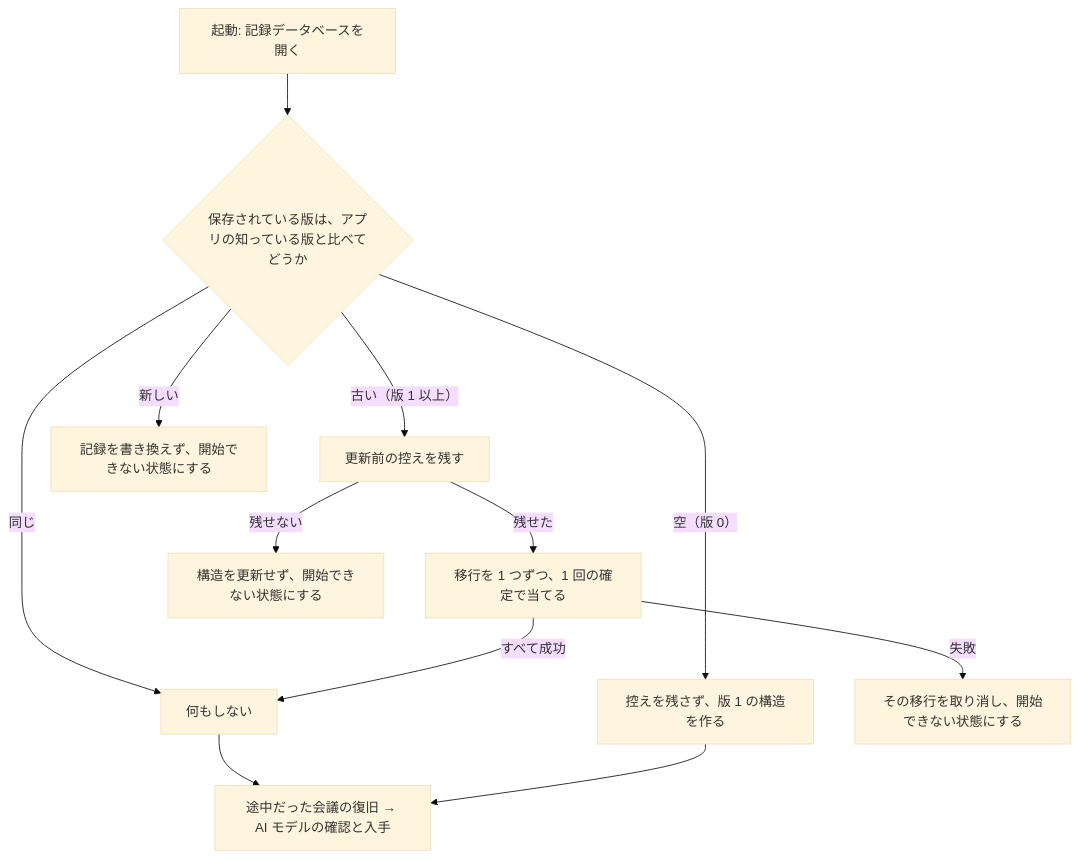
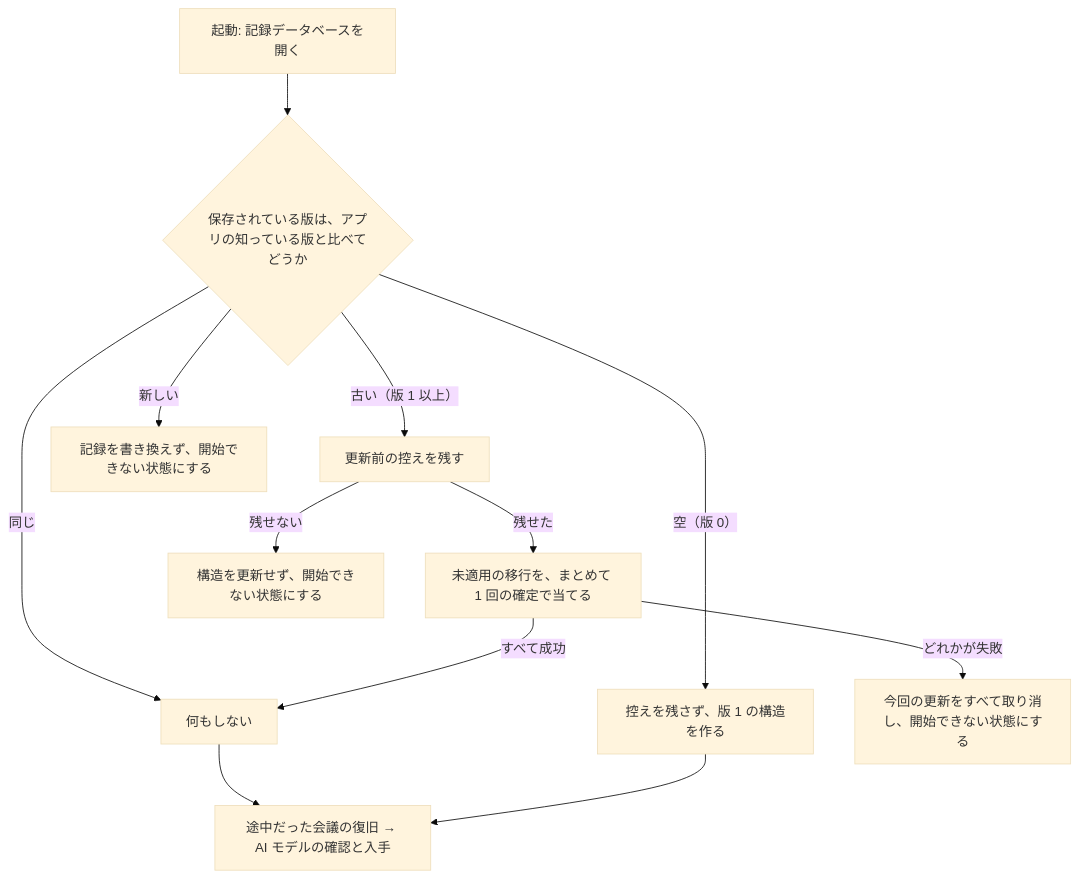
The diagram in output_system/docs/records-update.md (toshiakimamada-blip/mmd), drawn with Mermaid (base theme) before and after one commit. The commit also changed other lines of this file and 5 other files, not shown here.

````diff
--- a/output_system/docs/records-update.md
+++ b/output_system/docs/records-update.md
@@ -9,14 +9,14 @@
 ```mermaid
 flowchart TD
     A["起動: 記録データベースを開く"] --> B{"保存されている版は、アプリの知っている版と比べてどうか"}
     B -- "同じ" --> C["何もしない"]
     B -- "空（版 0）" --> D["控えを残さず、版 1 の構造を作る"]
     B -- "古い（版 1 以上）" --> E["更新前の控えを残す"]
-    E -- "残せた" --> F["移行を 1 つずつ、1 回の確定で当てる"]
+    E -- "残せた" --> F["未適用の移行を、まとめて 1 回の確定で当てる"]
     E -- "残せない" --> X["構造を更新せず、開始できない状態にする"]
     F -- "すべて成功" --> C
-    F -- "失敗" --> Y["その移行を取り消し、開始できない状態にする"]
+    F -- "どれかが失敗" --> Y["今回の更新をすべて取り消し、開始できない状態にする"]
     B -- "新しい" --> Z["記録を書き換えず、開始できない状態にする"]
     C --> G["途中だった会議の復旧 → AI モデルの確認と入手"]
     D --> G
 ```
````
